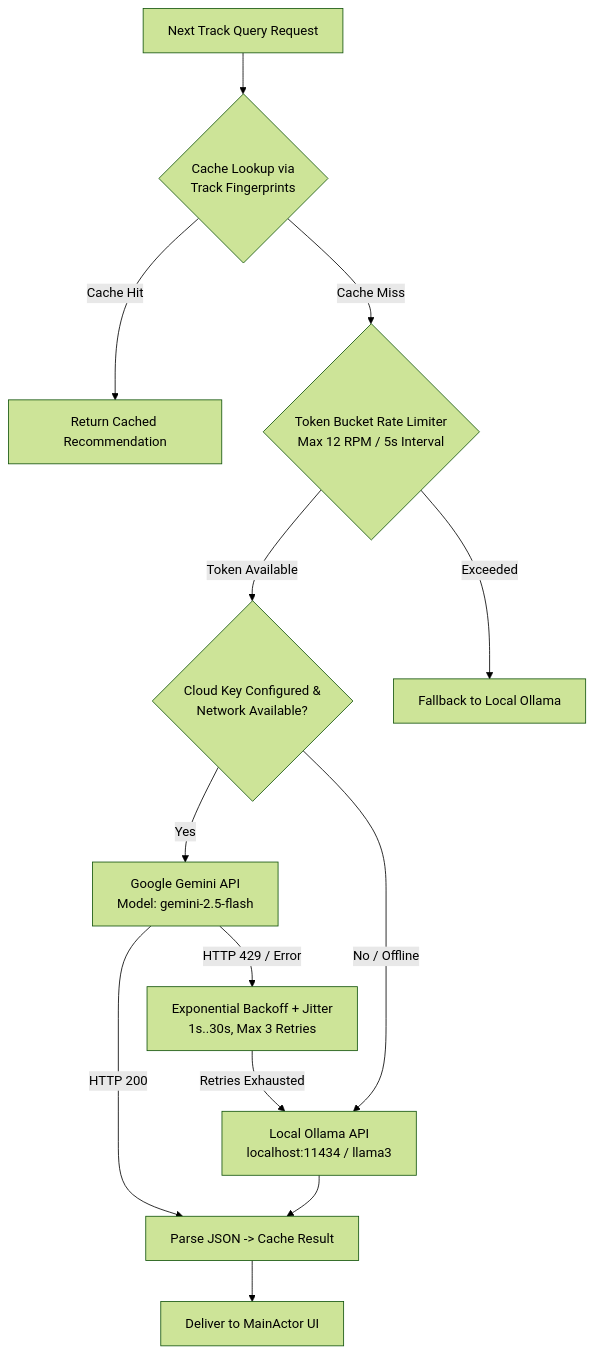
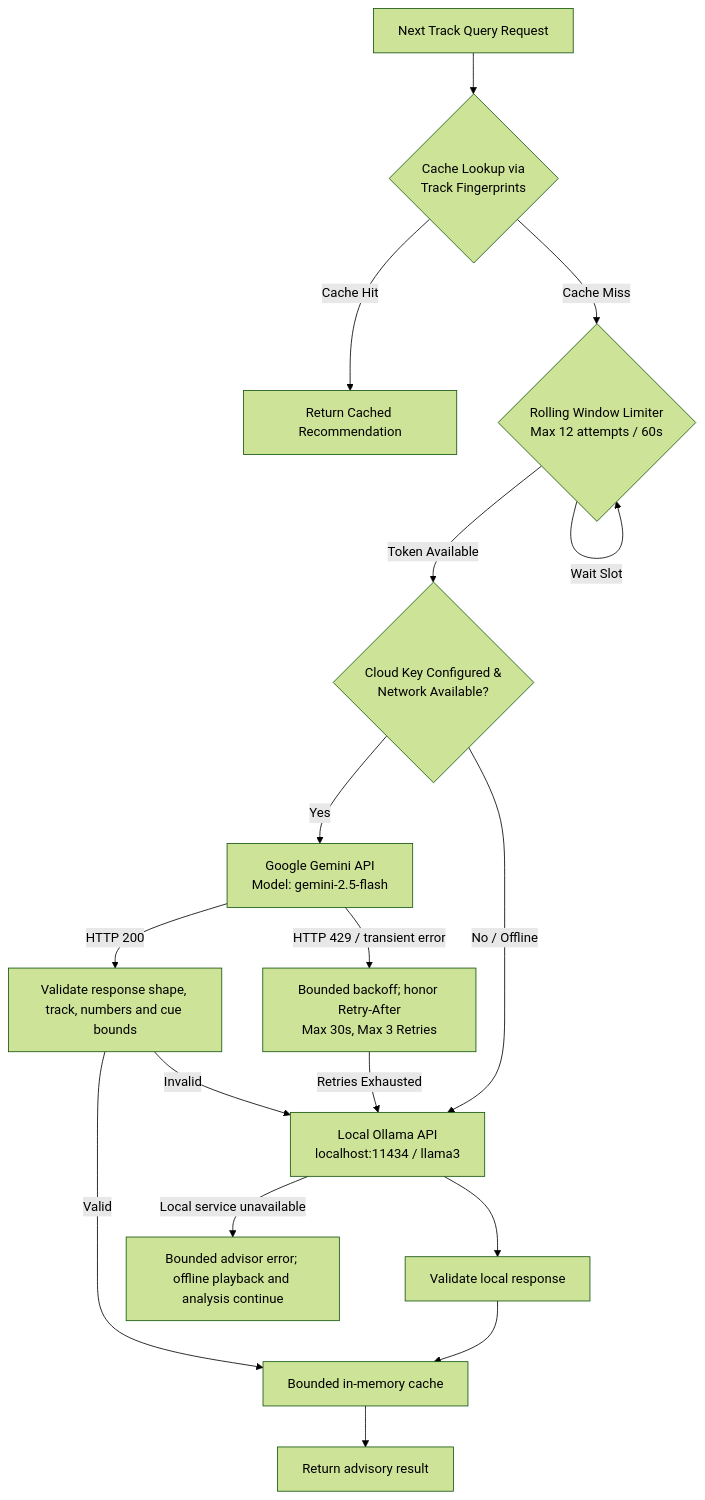
The third of 4 diagrams in docs/TECHNICAL_ARCHITECTURE.md (Ejv1k/PulseDeckAI), drawn with Mermaid (forest theme) before and after one commit. The commit also changed other lines of this file and 14 other files, not shown here.

Commit message:
feat(advisor): add hybrid Gemini and Ollama service

````diff
--- a/docs/TECHNICAL_ARCHITECTURE.md
+++ b/docs/TECHNICAL_ARCHITECTURE.md
@@ -351,18 +349,22 @@
 ```mermaid
 graph TD
     DJQuery[Next Track Query Request] --> CacheCheck{Cache Lookup via<br/>Track Fingerprints}
     CacheCheck -->|Cache Hit| ReturnCached[Return Cached Recommendation]
-    CacheCheck -->|Cache Miss| RateLimit{Token Bucket Rate Limiter<br/>Max 12 RPM / 5s Interval}
+    CacheCheck -->|Cache Miss| RateLimit{Rolling Window Limiter<br/>Max 12 attempts / 60s}
     
     RateLimit -->|Token Available| CheckNetwork{Cloud Key Configured &<br/>Network Available?}
-    RateLimit -->|Exceeded| DeferOrLocal[Fallback to Local Ollama]
+    RateLimit -->|Wait Slot| RateLimit
 
     CheckNetwork -->|Yes| GeminiCall[Google Gemini API<br/>Model: gemini-2.5-flash]
     CheckNetwork -->|No / Offline| OllamaCall[Local Ollama API<br/>localhost:11434 / llama3]
 
-    GeminiCall -->|HTTP 200| ParseSave[Parse JSON -> Cache Result]
-    GeminiCall -->|HTTP 429 / Error| BackoffRetry[Exponential Backoff + Jitter<br/>1s..30s, Max 3 Retries]
+    GeminiCall -->|HTTP 200| Validate[Validate response shape, track, numbers and cue bounds]
+    GeminiCall -->|HTTP 429 / transient error| BackoffRetry[Bounded backoff; honor Retry-After<br/>Max 30s, Max 3 Retries]
     BackoffRetry -->|Retries Exhausted| OllamaCall
-    OllamaCall --> ParseSave
-    ParseSave --> ReturnResult[Deliver to MainActor UI]
+    Validate -->|Valid| Cache[Bounded in-memory cache]
+    Validate -->|Invalid| OllamaCall
+    OllamaCall -->|Local service unavailable| OfflineError[Bounded advisor error; offline playback and analysis continue]
+    OllamaCall --> ValidateLocal[Validate local response]
+    ValidateLocal --> Cache
+    Cache --> ReturnResult[Return advisory result]
 ```
````
